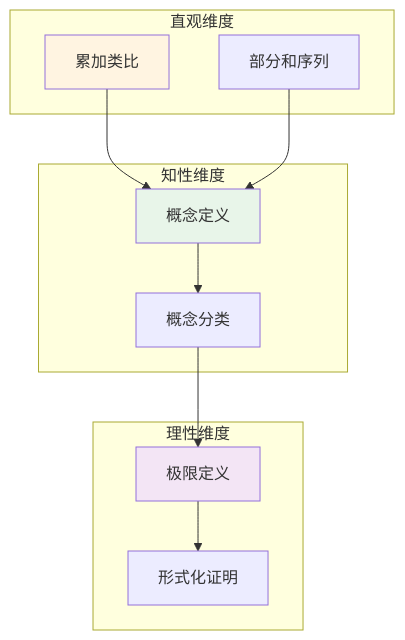
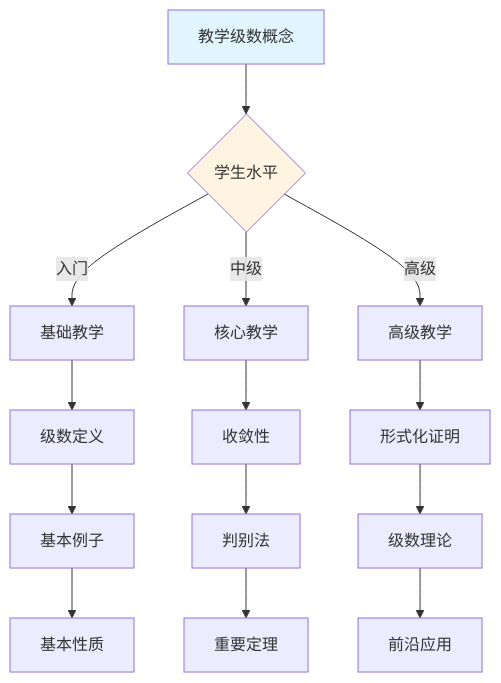
The tenth of 10 diagrams in concept/核心概念/17-级数.md (AdaMartin18010/FormalMath), drawn with Mermaid before and after one commit. The commit also changed other lines of this file and 4793 other files, not shown here.

````diff
--- a/concept/核心概念/17-级数.md
+++ b/concept/核心概念/17-级数.md
@@ -714,27 +2526,22 @@
 ```mermaid
-graph TB
-    subgraph 直观维度
-        A1[累加类比]
-        A2[部分和序列]
-    end
+graph TD
+    A[教学级数概念] --> B{学生水平}
+    B -->|入门| C[基础教学]
+    B -->|中级| D[核心教学]
+    B -->|高级| E[高级教学]
 
-    subgraph 知性维度
-        B1[概念定义]
-        B2[概念分类]
-    end
+    C --> C1[级数定义]
+    C1 --> C2[基本例子]
+    C2 --> C3[基本性质]
 
-    subgraph 理性维度
-        C1[极限定义]
-        C2[形式化证明]
-    end
+    D --> D1[收敛性]
+    D1 --> D2[判别法]
+    D2 --> D3[重要定理]
 
-    A1 --> B1
-    A2 --> B1
-    B1 --> B2
-    B2 --> C1
-    C1 --> C2
+    E --> E1[形式化证明]
+    E1 --> E2[级数理论]
+    E2 --> E3[前沿应用]
 
-    style A1 fill:#fff4e1
-    style B1 fill:#e8f5e9
-    style C1 fill:#f3e5f5
+    style A fill:#e1f5ff
+    style B fill:#fff4e1
 ```
````
